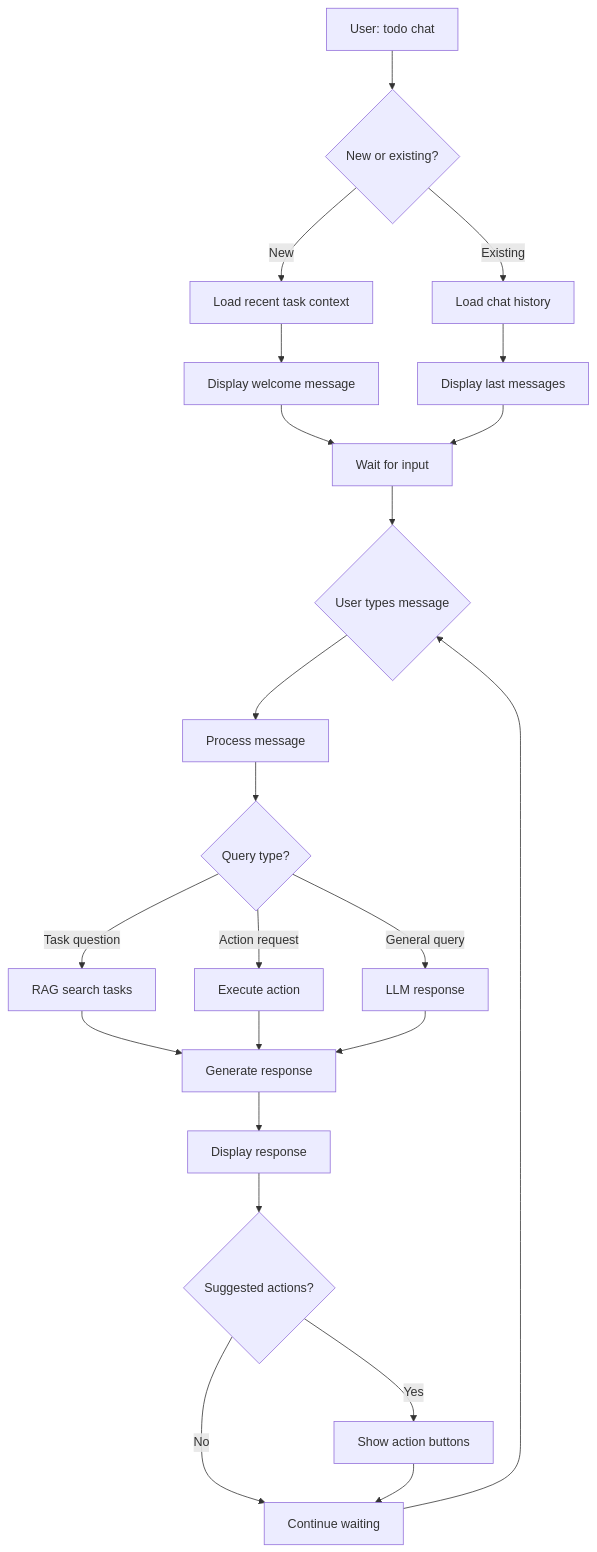
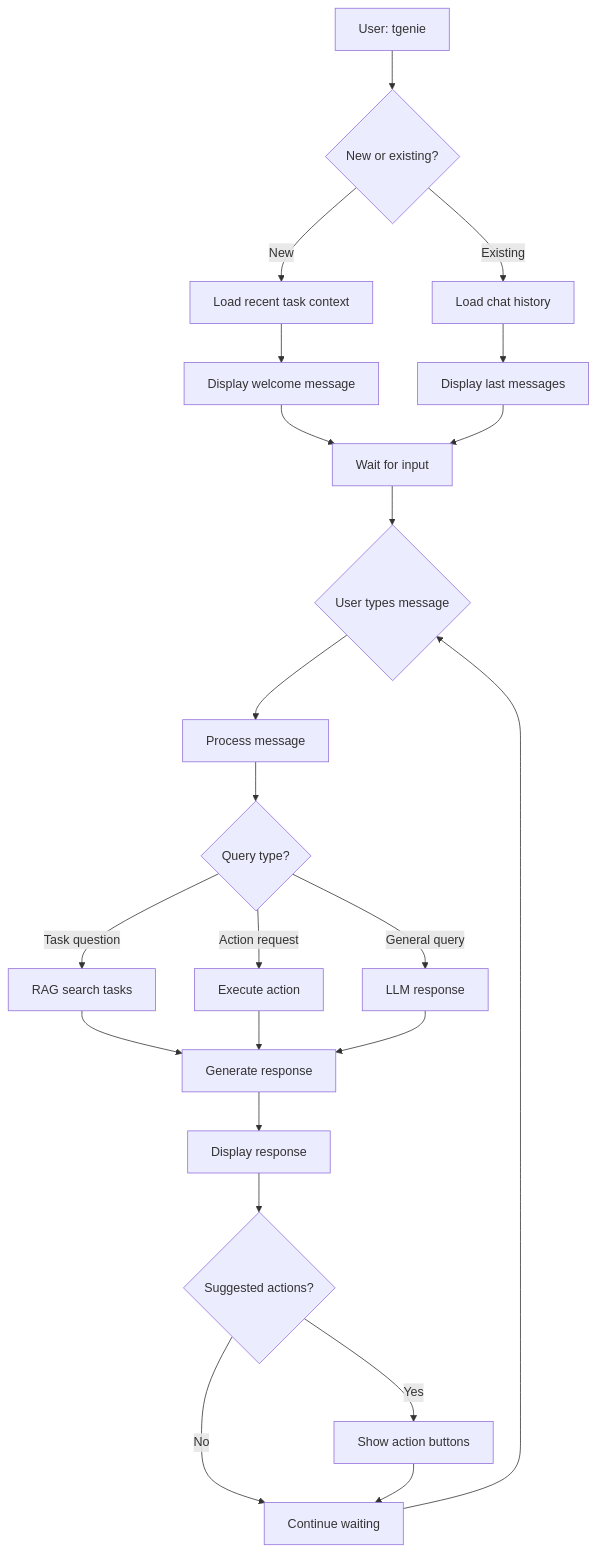
One commit to raychrisgdp/taskgenie changed the diagram in docs/01-design/DESIGN_CHAT.md. Above: the diagram before and after it, drawn with Mermaid. The commit also changed other lines of this file and 52 other files, not shown here.

````diff
--- a/docs/01-design/DESIGN_CHAT.md
+++ b/docs/01-design/DESIGN_CHAT.md
@@ -11,25 +11,25 @@
 ```mermaid
 graph TD
-    A[User: todo chat] --> B{New or existing?}
+    A[User: tgenie] --> B{New or existing?}
     B -->|New| C[Load recent task context]
     B -->|Existing| D[Load chat history]
     C --> E[Display welcome message]
     D --> F[Display last messages]
     E --> G[Wait for input]
     F --> G
     G --> H{User types message}
     H --> I[Process message]
     I --> J{Query type?}
     J -->|Task question| K[RAG search tasks]
     J -->|Action request| L[Execute action]
     J -->|General query| M[LLM response]
     K --> N[Generate response]
     L --> N
     M --> N
     N --> O[Display response]
     O --> P{Suggested actions?}
     P -->|Yes| Q[Show action buttons]
     P -->|No| R[Continue waiting]
     Q --> R
     R --> H
 ```
````
